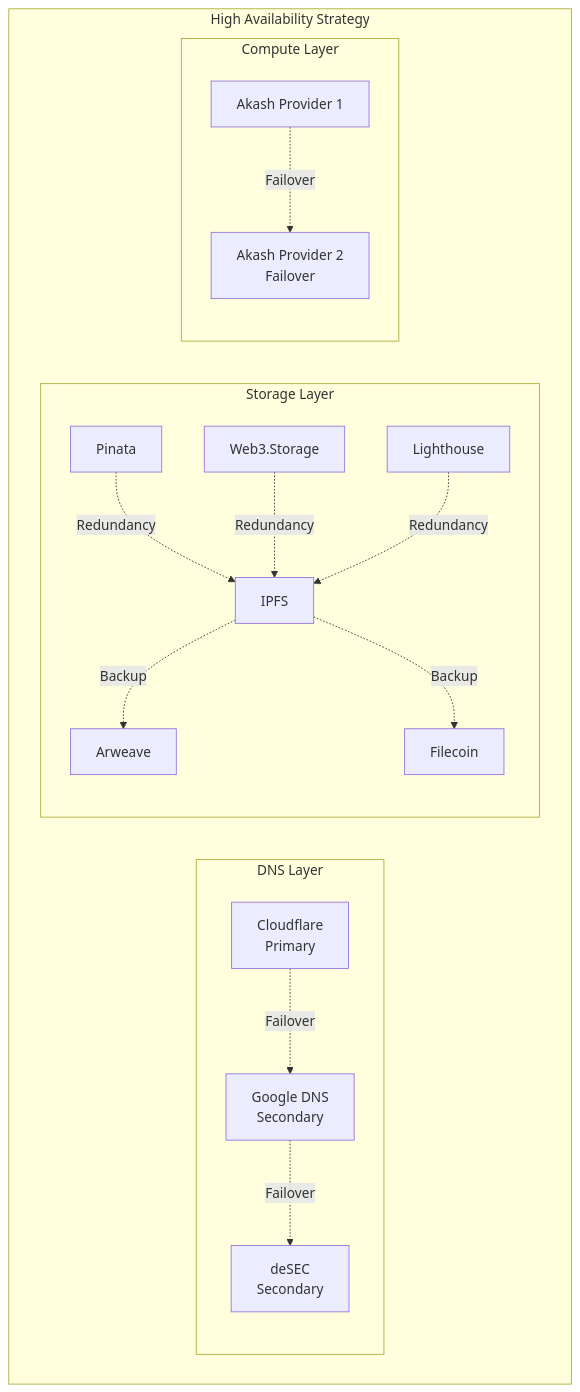
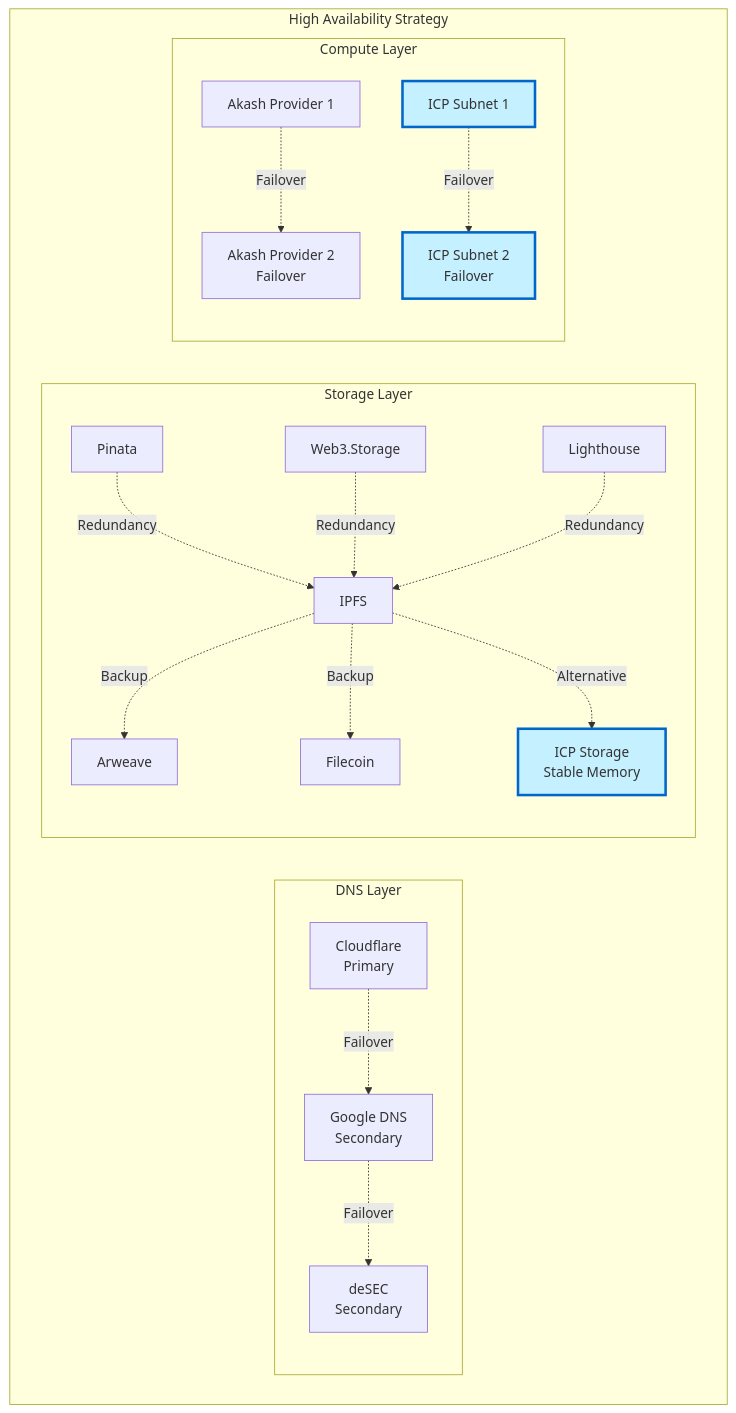
Before and after one commit to alternatefutures/.github: diagram 16 of 18 in TECHNICAL_ARCHITECTURE.md, drawn with Mermaid. The commit also changed other lines of this file, not shown here.

First line of the commit message:
feat: integrate Internet Computer (ICP) into architecture

````diff
--- a/TECHNICAL_ARCHITECTURE.md
+++ b/TECHNICAL_ARCHITECTURE.md
@@ -1962,35 +1708,44 @@
 ```mermaid
 graph TB
     subgraph "High Availability Strategy"
         subgraph "DNS Layer"
             CF[Cloudflare<br/>Primary]
             GCP[Google DNS<br/>Secondary]
             DeSEC[deSEC<br/>Secondary]
         end
         
         subgraph "Storage Layer"
             P1[Pinata]
             P2[Web3.Storage]
             P3[Lighthouse]
             IPFS[IPFS]
             AR[Arweave]
             FC[Filecoin]
+            ICPStore[ICP Storage<br/>Stable Memory]
         end
         
         subgraph "Compute Layer"
             Akash1[Akash Provider 1]
             Akash2[Akash Provider 2<br/>Failover]
+            ICPSubnet1[ICP Subnet 1]
+            ICPSubnet2[ICP Subnet 2<br/>Failover]
         end
     end
     
     CF -.->|Failover| GCP
     GCP -.->|Failover| DeSEC
     
     P1 -.->|Redundancy| IPFS
     P2 -.->|Redundancy| IPFS
     P3 -.->|Redundancy| IPFS
     IPFS -.->|Backup| AR
     IPFS -.->|Backup| FC
+    IPFS -.->|Alternative| ICPStore
     
     Akash1 -.->|Failover| Akash2
+    ICPSubnet1 -.->|Failover| ICPSubnet2
+    
+    style ICPStore fill:#c5f0ff,stroke:#0066cc,stroke-width:3px
+    style ICPSubnet1 fill:#c5f0ff,stroke:#0066cc,stroke-width:3px
+    style ICPSubnet2 fill:#c5f0ff,stroke:#0066cc,stroke-width:3px
 ```
````
